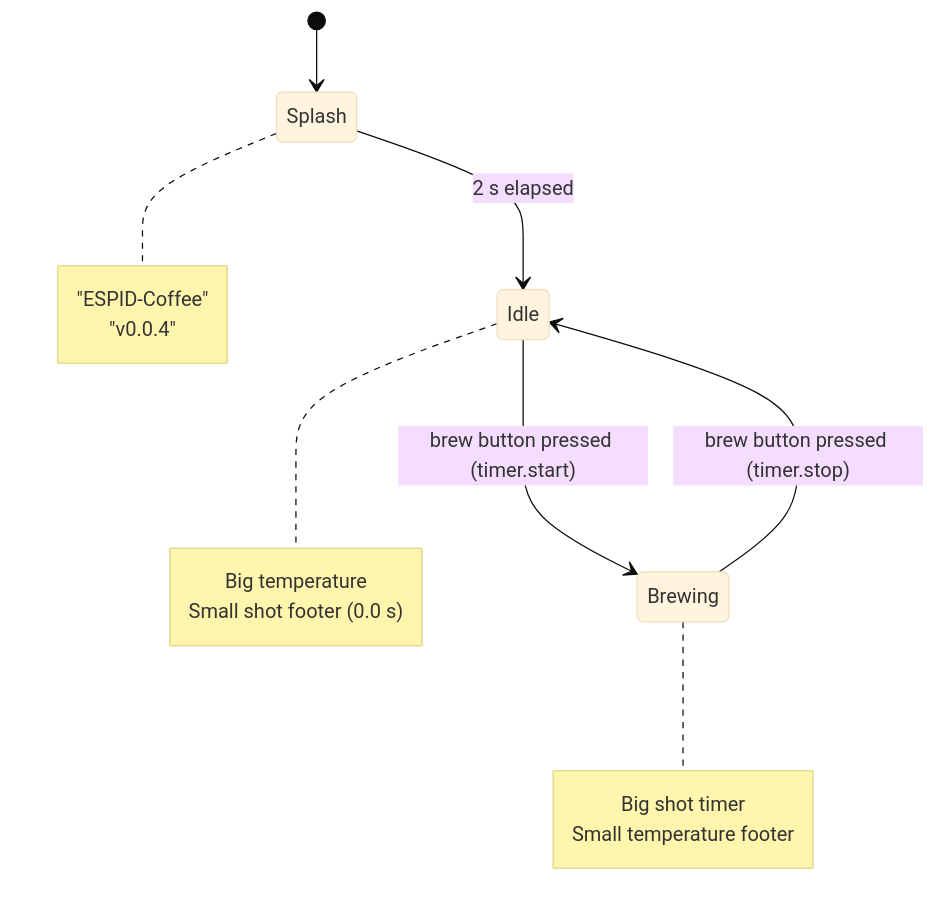
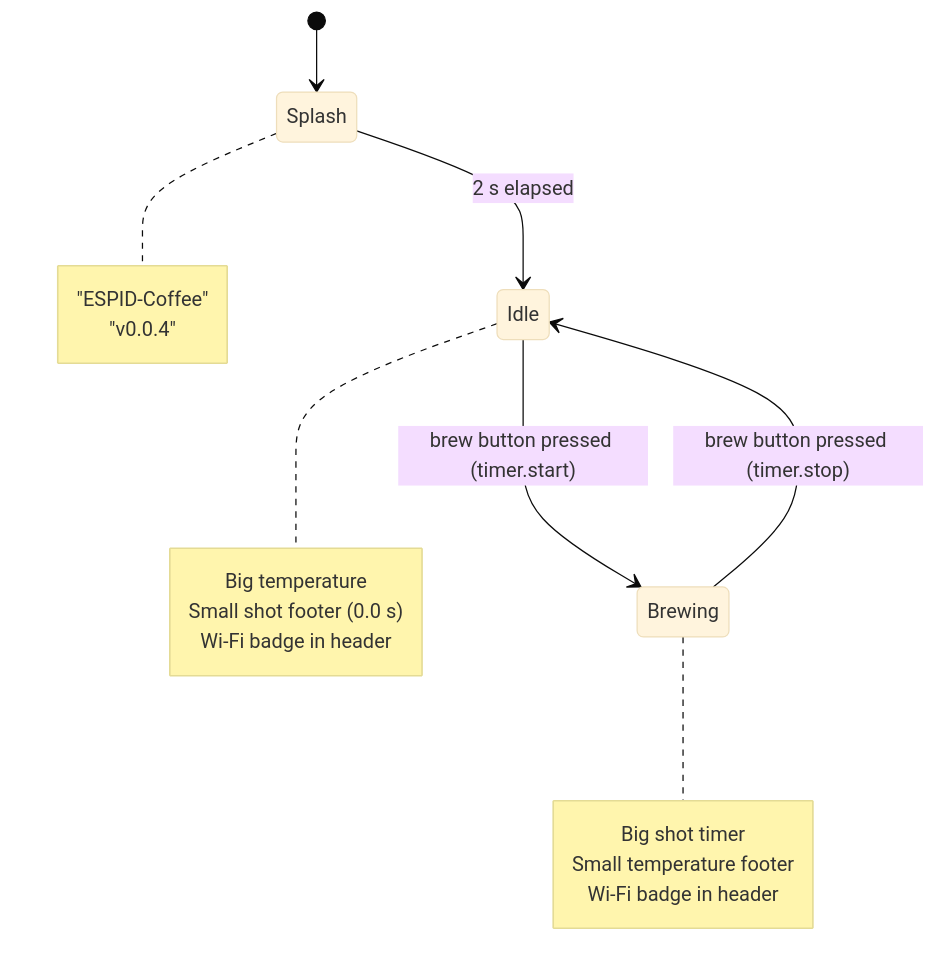
One commit to kYc0o/espid-coffee changed the third of 3 diagrams in ARCHITECTURE.md. Above: the diagram before and after it, drawn with Mermaid (base theme). The commit also changed other lines of this file and 1 other file, not shown here.

Commit message:
feat(main): wire Wi-Fi init and OLED status badge
Hook the new `wifi` component into app startup behind
`config::net::kWifiEnabled`.

* Build an `INetwork::Config` from compile-time net settings.
* Initialise Wi-Fi during boot and keep firmware running if init fails
  (non-critical subsystem policy).
* Publish coarse Wi-Fi state (`idle/connecting/connected/ap/error`) to
  an atomic shared value and refresh it from the heartbeat loop.
* Render a compact Wi-Fi badge in the OLED header so connectivity
  status is visible in both idle and brewing screens.

Architecture notes are updated to mark phase 3d as active.

````diff
--- a/ARCHITECTURE.md
+++ b/ARCHITECTURE.md
@@ -237,11 +237,11 @@
 ```mermaid
 stateDiagram-v2
     [*] --> Splash
     Splash --> Idle: 2 s elapsed
     Idle --> Brewing: brew button pressed (timer.start)
     Brewing --> Idle: brew button pressed (timer.stop)
 
     note right of Splash : "ESPID-Coffee"<br/>"v0.0.4"
-    note right of Idle : Big temperature<br/>Small shot footer (0.0 s)
-    note right of Brewing : Big shot timer<br/>Small temperature footer
+    note right of Idle : Big temperature<br/>Small shot footer (0.0 s)<br/>Wi-Fi badge in header
+    note right of Brewing : Big shot timer<br/>Small temperature footer<br/>Wi-Fi badge in header
 ```
````
